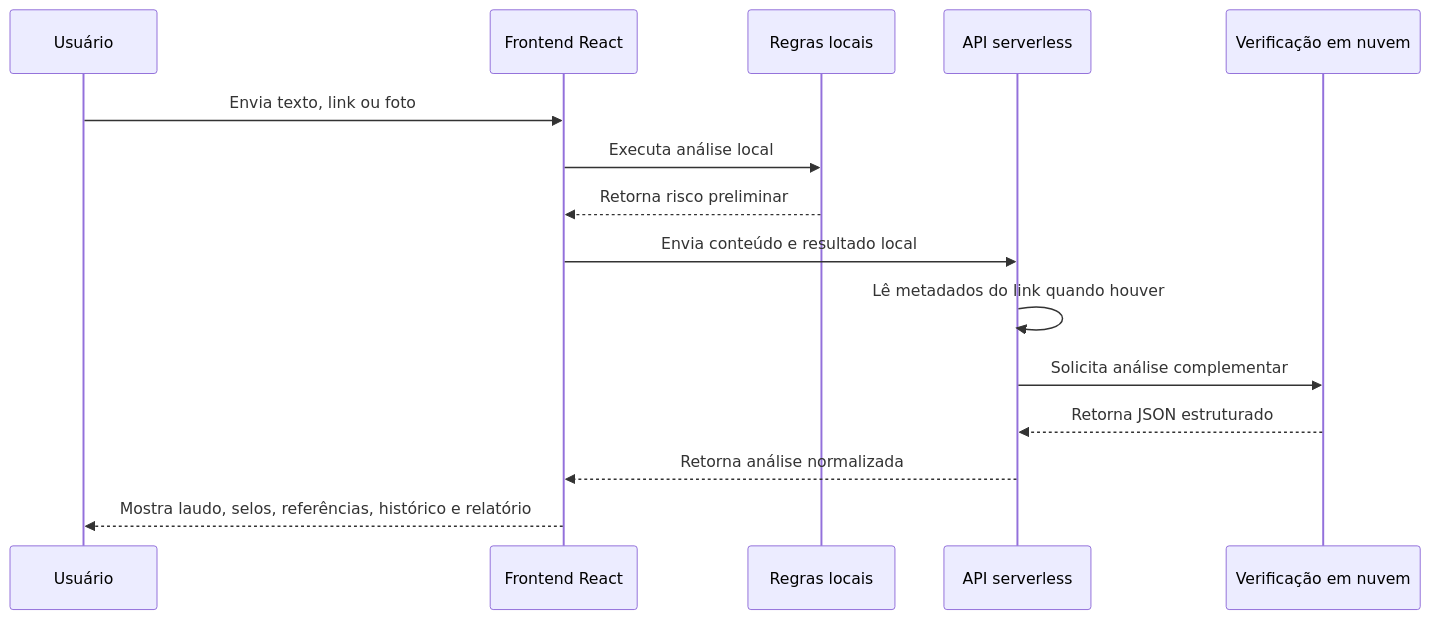
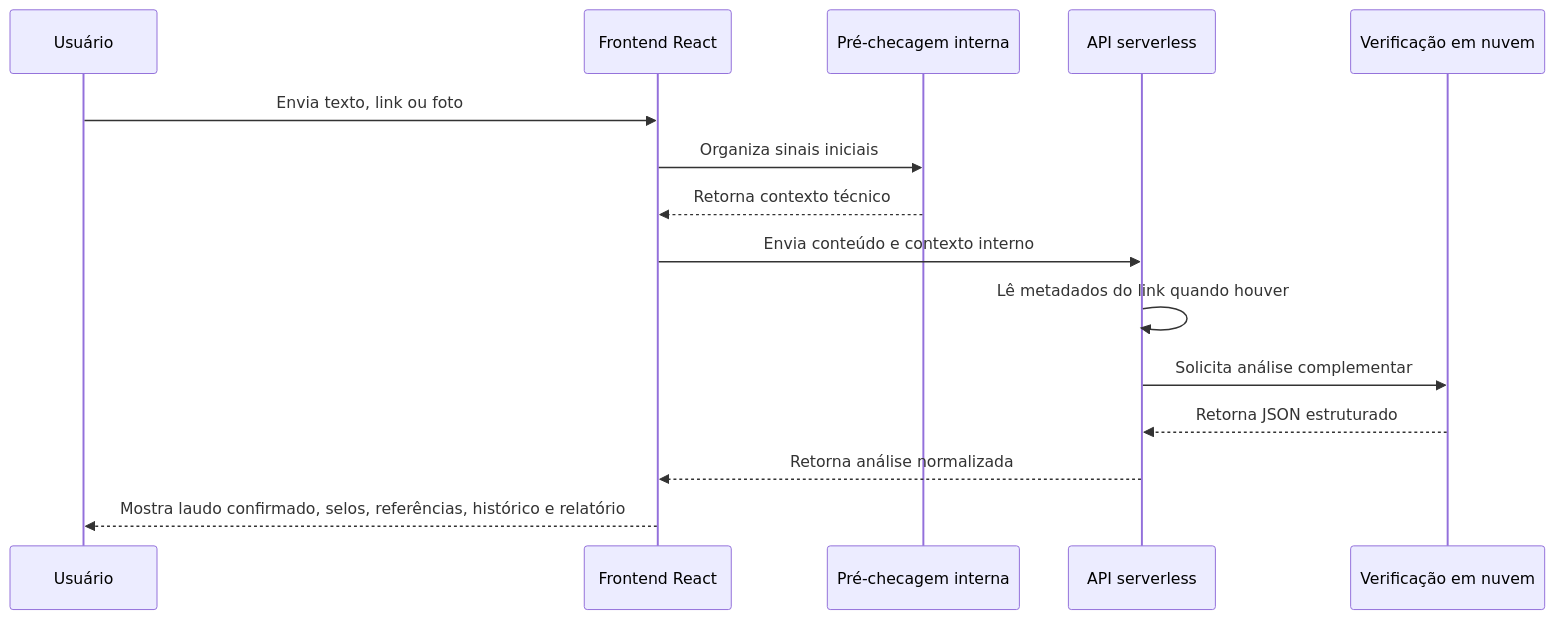
Before and after one commit to leonwaoo/confere-agora: the diagram in docs/arquitetura.md, drawn with Mermaid. The commit also changed other lines of this file and 11 other files, not shown here.

````diff
--- a/docs/arquitetura.md
+++ b/docs/arquitetura.md
@@ -7,18 +7,18 @@
 ```mermaid
 sequenceDiagram
   participant U as Usuário
   participant F as Frontend React
-  participant R as Regras locais
+  participant R as Pré-checagem interna
   participant A as API serverless
   participant C as Verificação em nuvem
 
   U->>F: Envia texto, link ou foto
-  F->>R: Executa análise local
-  R-->>F: Retorna risco preliminar
-  F->>A: Envia conteúdo e resultado local
+  F->>R: Organiza sinais iniciais
+  R-->>F: Retorna contexto técnico
+  F->>A: Envia conteúdo e contexto interno
   A->>A: Lê metadados do link quando houver
   A->>C: Solicita análise complementar
   C-->>A: Retorna JSON estruturado
   A-->>F: Retorna análise normalizada
-  F-->>U: Mostra laudo, selos, referências, histórico e relatório
+  F-->>U: Mostra laudo confirmado, selos, referências, histórico e relatório
 ```
````
